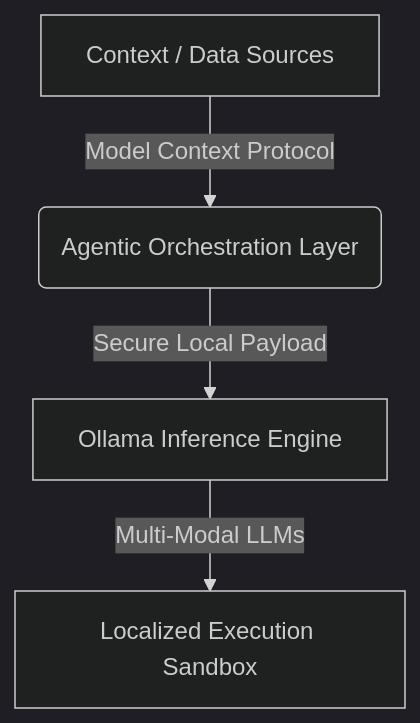
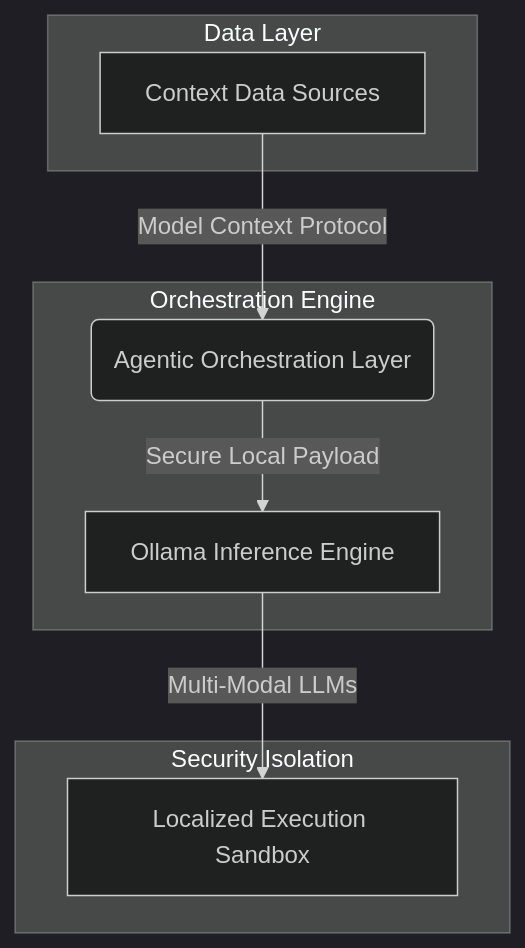
The first of 2 diagrams in Engineering/Local-AI-MCP.md (zlatko-lakisic/portfolio), drawn with Mermaid (dark theme) before and after one commit. The commit also changed other lines of this file and 4 other files, not shown here.

````diff
--- a/Engineering/Local-AI-MCP.md
+++ b/Engineering/Local-AI-MCP.md
@@ -26,6 +26,19 @@
 ```mermaid
-graph TD
-    A[Context / Data Sources] -->|Model Context Protocol| B(Agentic Orchestration Layer)
-    B -->|Secure Local Payload| C[Ollama Inference Engine]
-    C -->|Multi-Modal LLMs| D[Localized Execution Sandbox]
+graph TB
+    subgraph DataLayer["Data Layer"]
+        A[Context Data Sources]
+    end
+
+    subgraph OrchestrationEngine["Orchestration Engine"]
+        B(Agentic Orchestration Layer)
+        C[Ollama Inference Engine]
+    end
+
+    subgraph SecurityIsolation["Security Isolation"]
+        D[Localized Execution Sandbox]
+    end
+
+    A -->|Model Context Protocol| B
+    B -->|Secure Local Payload| C
+    C -->|Multi-Modal LLMs| D
 ```
````
